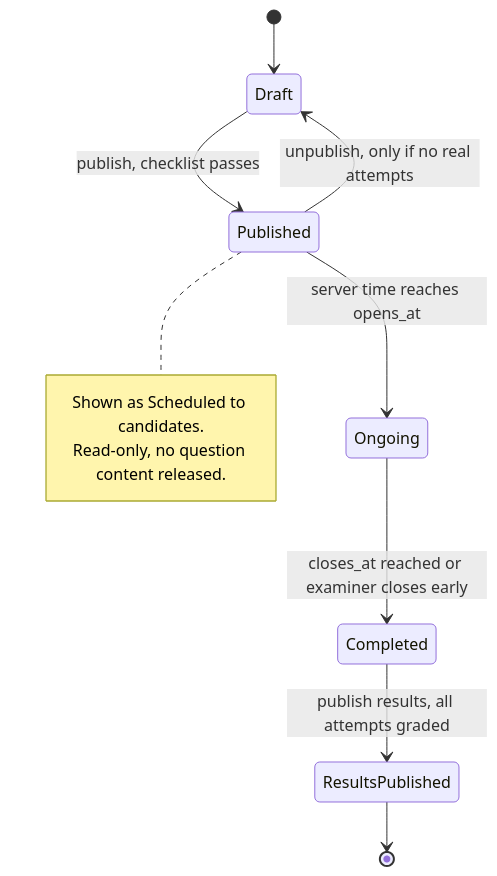
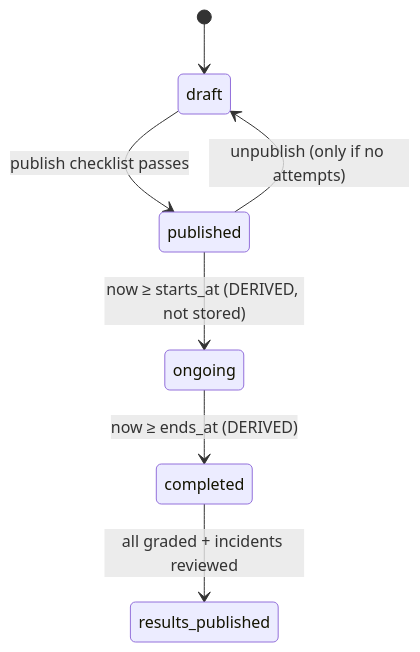
The fourth of 11 diagrams in PRD.md (Muhammad-Faizan-DS/WEB-E-THON), drawn with Mermaid before and after one commit. The commit also changed other lines of this file and 31 other files, not shown here.

````diff
--- a/PRD.md
+++ b/PRD.md
@@ -285,14 +206,9 @@
 ```mermaid
 stateDiagram-v2
-  [*] --> Draft
-  Draft --> Published: publish, checklist passes
-  Published --> Draft: unpublish, only if no real attempts
-  Published --> Ongoing: server time reaches opens_at
-  Ongoing --> Completed: closes_at reached or examiner closes early
-  Completed --> ResultsPublished: publish results, all attempts graded
-  ResultsPublished --> [*]
-  note right of Published
-    Shown as Scheduled to candidates.
-    Read-only, no question content released.
-  end note
+  [*] --> draft
+  draft --> published: publish checklist passes
+  published --> draft: unpublish (only if no attempts)
+  published --> ongoing: now ≥ starts_at (DERIVED, not stored)
+  ongoing --> completed: now ≥ ends_at (DERIVED)
+  completed --> results_published: all graded + incidents reviewed
 ```
````
